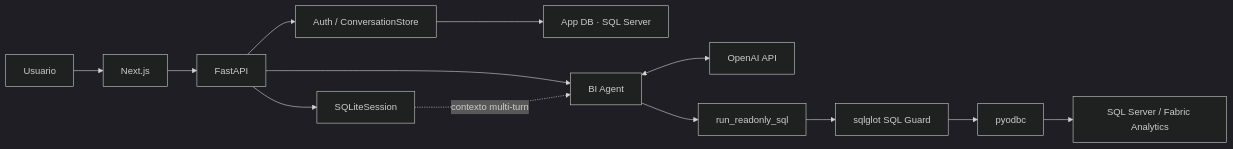
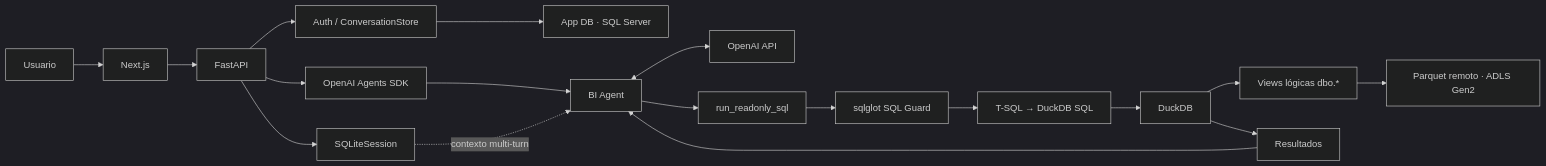
One commit to juanbedoya1603/bi-agent-v2 changed the diagram in README.md. Above: the diagram before and after it, drawn with Mermaid (dark theme). The commit also changed other lines of this file and 5 other files, not shown here.

Commit message:
docs: align production ADLS architecture

````diff
--- a/README.md
+++ b/README.md
@@ -36,18 +36,23 @@
 ```mermaid
 flowchart LR
     U["Usuario"] --> W["Next.js"]
     W --> API["FastAPI"]
 
     API --> AUTH["Auth / ConversationStore"]
     AUTH --> APPDB["App DB · SQL Server"]
 
     API --> SESSION["SQLiteSession"]
-    API --> AGENT["BI Agent"]
+    API --> SDK["OpenAI Agents SDK"]
+    SDK --> AGENT["BI Agent"]
     SESSION -. "contexto multi-turn" .-> AGENT
 
     AGENT <--> OPENAI["OpenAI API"]
     AGENT --> TOOL["run_readonly_sql"]
     TOOL --> GUARD["sqlglot SQL Guard"]
-    GUARD --> ODBC["pyodbc"]
-    ODBC --> ANALYTICS["SQL Server / Fabric Analytics"]
+    GUARD --> TRANSPILE["T-SQL → DuckDB SQL"]
+    TRANSPILE --> DUCKDB["DuckDB"]
+    DUCKDB --> VIEWS["Views lógicas dbo.*"]
+    VIEWS --> ADLS["Parquet remoto · ADLS Gen2"]
+    DUCKDB --> RESULT["Resultados"]
+    RESULT --> AGENT
 ```
````
